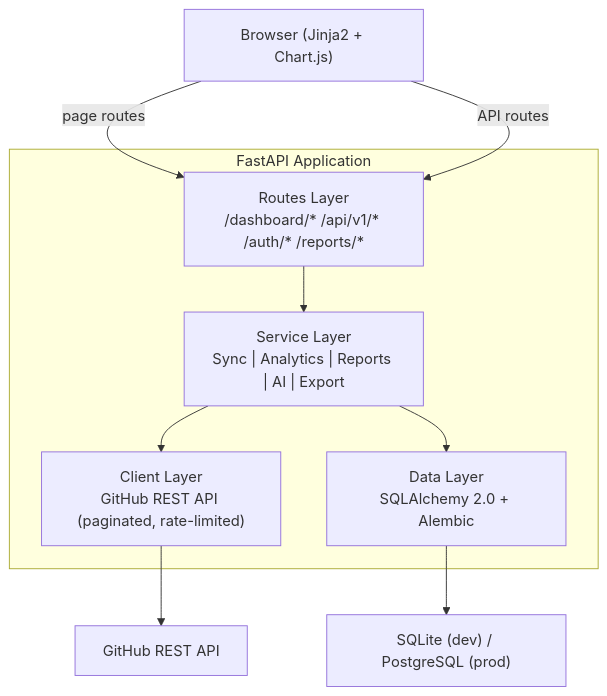
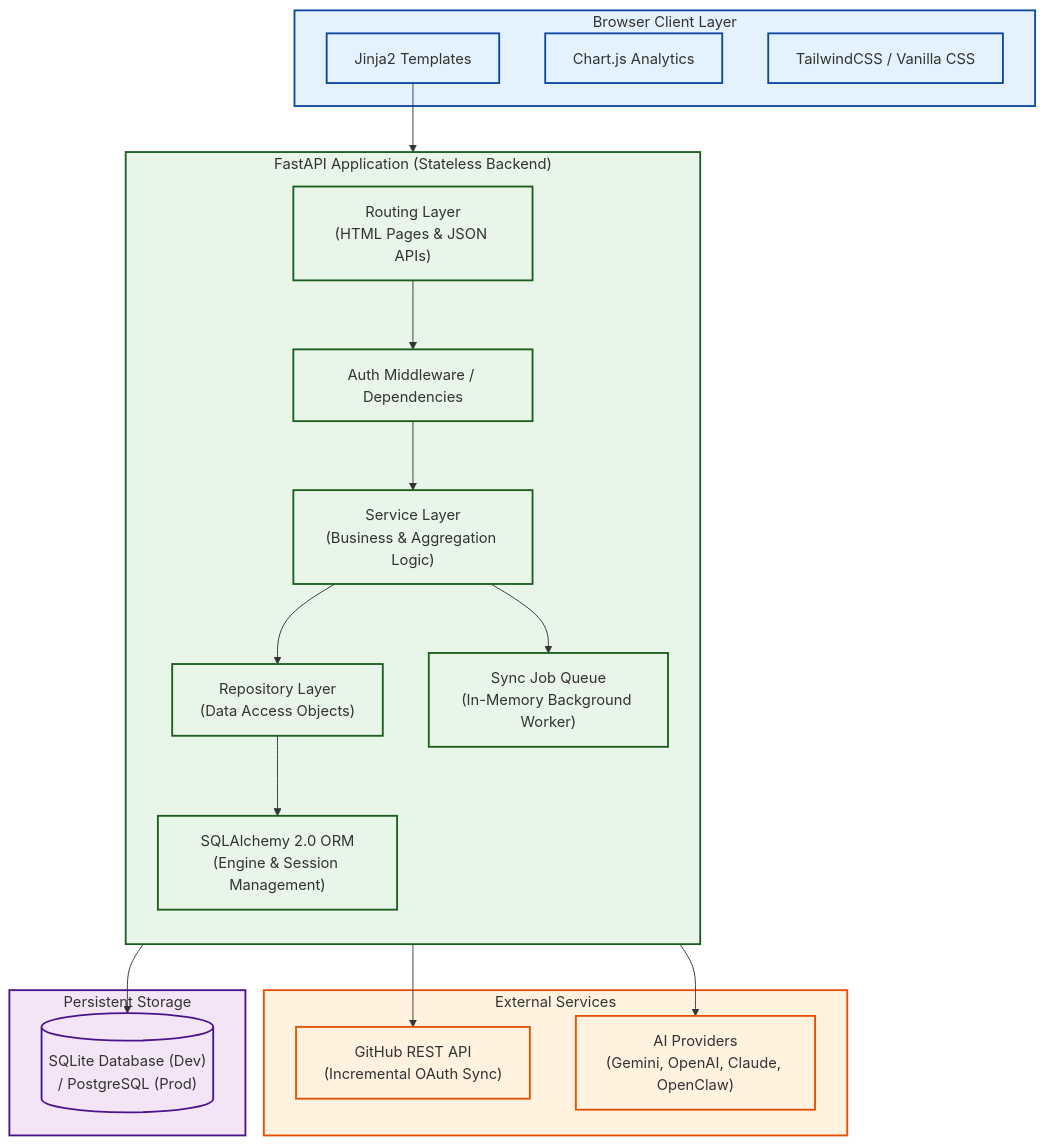
The first of 10 diagrams in README.md (kh4i-dev/git-analytics), drawn with Mermaid before and after one commit. The commit also changed other lines of this file and 24 other files, not shown here.

````diff
--- a/README.md
+++ b/README.md
@@ -45,22 +221,47 @@
 ```mermaid
-graph TB
-    Client["Browser (Jinja2 + Chart.js)"]
-
-    subgraph FastAPI["FastAPI Application"]
-        Routes["Routes Layer<br>/dashboard/* /api/v1/* /auth/* /reports/*"]
-        Services["Service Layer<br>Sync | Analytics | Reports | AI | Export"]
-        Clients["Client Layer<br>GitHub REST API (paginated, rate-limited)"]
-        DB["Data Layer<br>SQLAlchemy 2.0 + Alembic"]
+flowchart TB
+    subgraph Client ["Browser Client Layer"]
+        UI["Jinja2 Templates"]
+        Charts["Chart.js Analytics"]
+        Static["TailwindCSS / Vanilla CSS"]
     end
 
-    GitHub["GitHub REST API"]
-    Database["SQLite (dev) / PostgreSQL (prod)"]
+    subgraph FastAPI ["FastAPI Application (Stateless Backend)"]
+        direction TB
+        Routes["Routing Layer<br>(HTML Pages & JSON APIs)"]
+        AuthMid["Auth Middleware / Dependencies"]
+        Services["Service Layer<br>(Business & Aggregation Logic)"]
+        SyncQ["Sync Job Queue<br>(In-Memory Background Worker)"]
+        Repos["Repository Layer<br>(Data Access Objects)"]
+        DBEngine["SQLAlchemy 2.0 ORM<br>(Engine & Session Management)"]
+    end
 
-    Client -- page routes --> Routes
-    Client -- API routes --> Routes
-    Routes --> Services
-    Services --> Clients
-    Services --> DB
-    Clients --> GitHub
-    DB --> Database
+    subgraph External ["External Services"]
+        GitHub["GitHub REST API<br>(Incremental OAuth Sync)"]
+        AILayer["AI Providers<br>(Gemini, OpenAI, Claude, OpenClaw)"]
+    end
+
+    subgraph Storage ["Persistent Storage"]
+        DB[("SQLite Database (Dev)<br>/ PostgreSQL (Prod)")]
+    end
+
+    UI --> Routes
+    Routes --> AuthMid
+    AuthMid --> Services
+    Services --> Repos
+    Services --> SyncQ
+    SyncQ --> GitHub
+    Services --> AILayer
+    Repos --> DBEngine
+    DBEngine --> DB
+    
+    classDef client fill:#e3f2fd,stroke:#0d47a1,stroke-width:2px;
+    classDef fastapi fill:#e8f5e9,stroke:#1b5e20,stroke-width:2px;
+    classDef external fill:#fff3e0,stroke:#e65100,stroke-width:2px;
+    classDef db fill:#f3e5f5,stroke:#4a148c,stroke-width:2px;
+    
+    class Client,UI,Charts,Static client;
+    class FastAPI,Routes,AuthMid,Services,SyncQ,Repos,DBEngine fastapi;
+    class External,GitHub,AILayer external;
+    class Storage,DB db;
 ```
````
